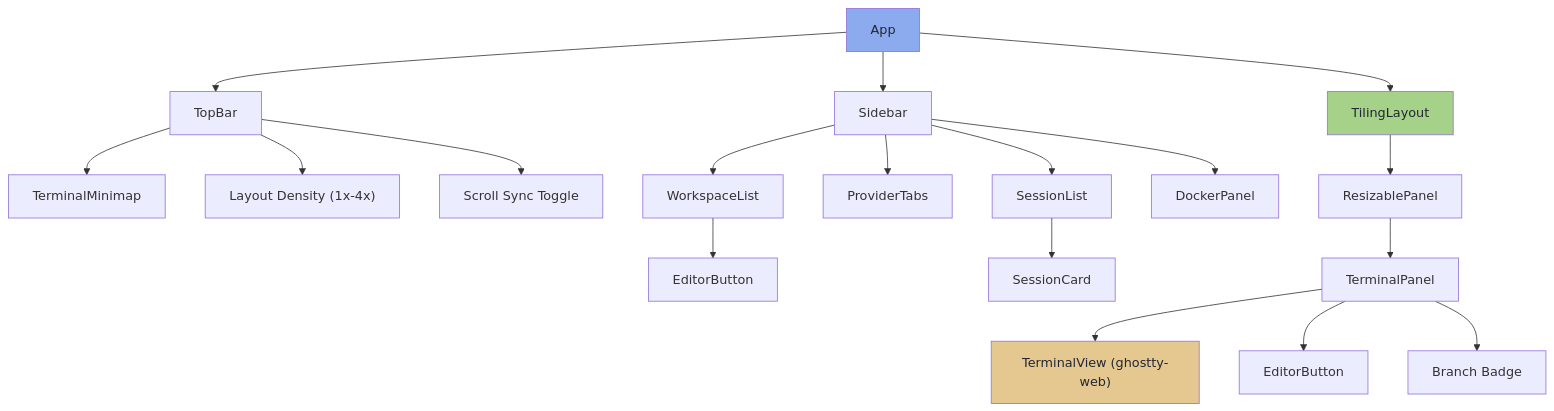
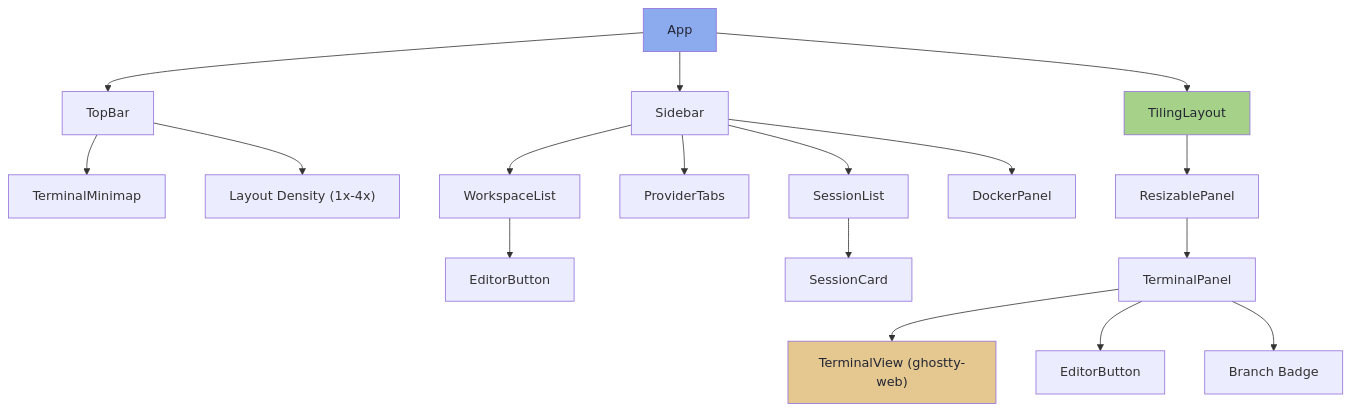
Before and after one commit to wilky-way/bord: the second of 6 diagrams in README.md, drawn with Mermaid. The commit also changed other lines of this file and 27 other files, not shown here.

````diff
--- a/README.md
+++ b/README.md
@@ -177,28 +192,27 @@
 ```mermaid
 graph TD
     App --> TopBar
     App --> Sidebar
     App --> TilingLayout
 
     TopBar --> TerminalMinimap
     TopBar --> LayoutDensityButtons["Layout Density (1x-4x)"]
-    TopBar --> ScrollSyncToggle["Scroll Sync Toggle"]
 
     Sidebar --> WorkspaceList
     Sidebar --> ProviderTabs
     Sidebar --> SessionList
     Sidebar --> DockerPanel
     SessionList --> SessionCard
 
     TilingLayout --> ResizablePanel
     ResizablePanel --> TerminalPanel
     TerminalPanel --> TerminalView["TerminalView (ghostty-web)"]
     TerminalPanel --> EditorButton
     TerminalPanel --> GitBadge["Branch Badge"]
 
     WorkspaceList --> EditorButton2["EditorButton"]
 
     style App fill:#8caaee,color:#232634
     style TilingLayout fill:#a6d189,color:#232634
     style TerminalView fill:#e5c890,color:#232634
 ```
````
